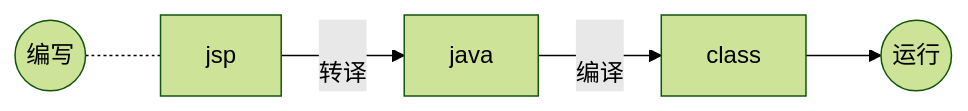
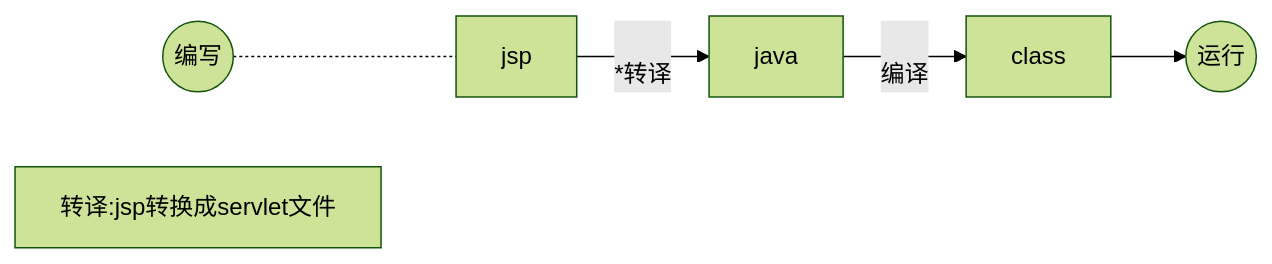
The diagram in Java后端/JSP/1.JSP.md (Liuhaixv/Notes), drawn with Mermaid (forest theme) before and after one commit. The commit also changed other lines of this file, not shown here.

````diff
--- a/Java后端/JSP/1.JSP.md
+++ b/Java后端/JSP/1.JSP.md
@@ -31,4 +31,5 @@
 ```mermaid
 graph LR
-编写((编写))-.-JSP[jsp]--<br/>转译-->JAVA[java]--<br/>编译-->CLASS[class]-->运行((运行))
+编写((编写))-.-JSP[jsp]--<br/>*转译-->JAVA[java]--<br/>编译-->CLASS[class]-->运行((运行))
+转译:jsp转换成servlet文件
 ```
````
